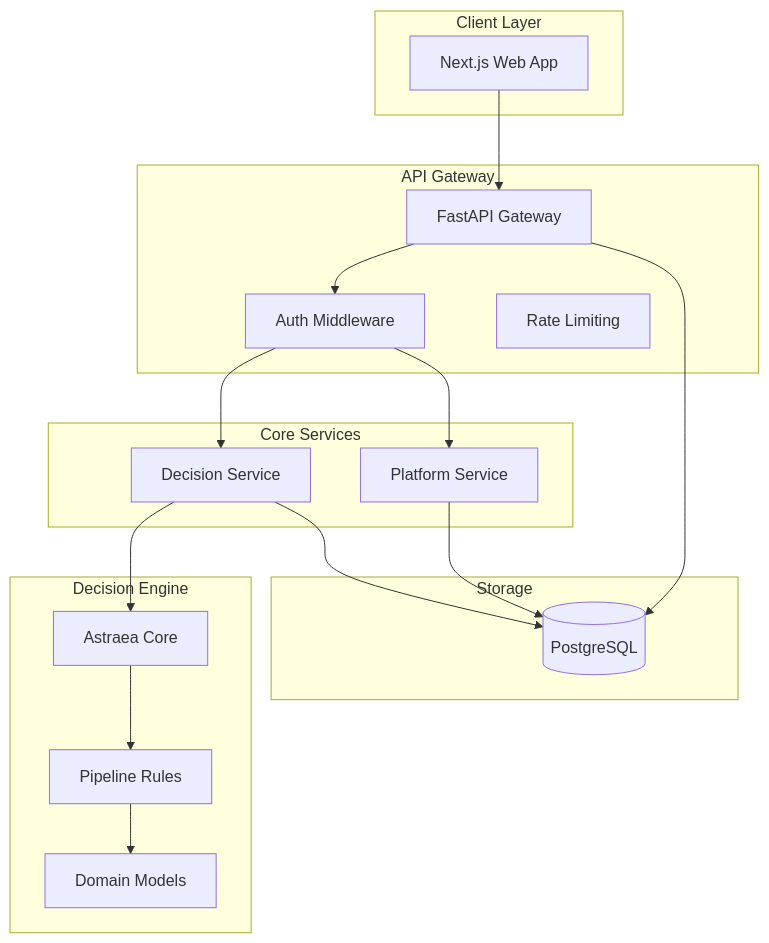
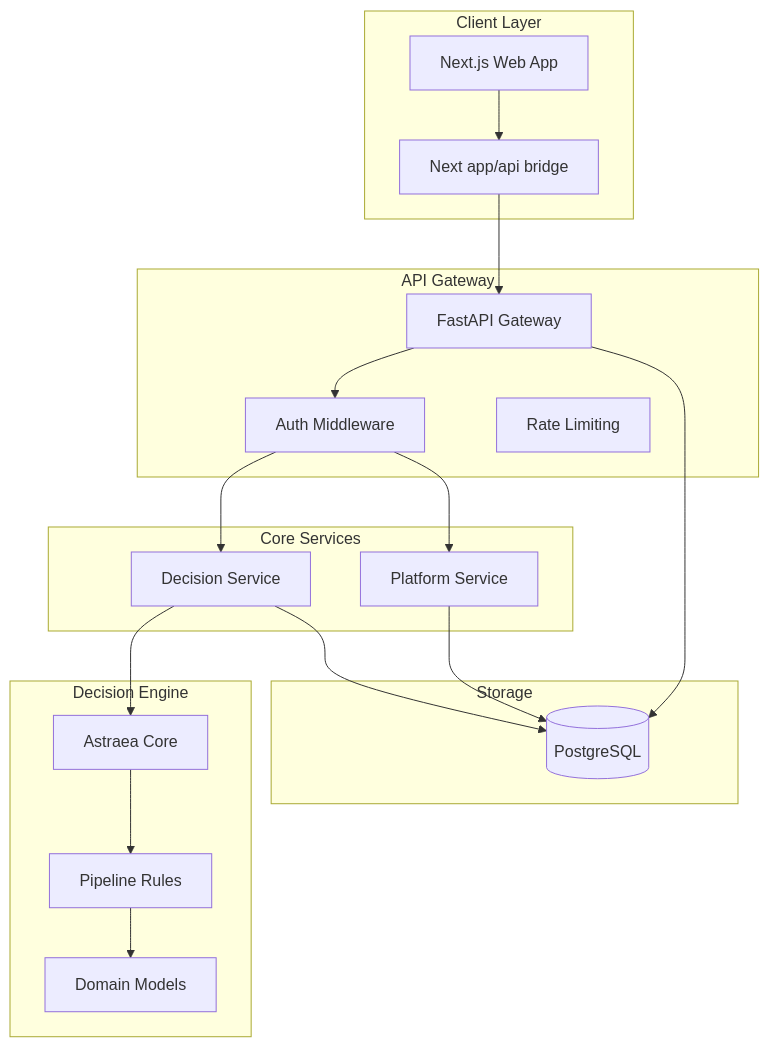
The diagram in docs/diagrams/service-topology.mmd (AngelP17/Praxis), drawn with Mermaid before and after one commit. The commit also changed 9 other files, not shown here.

Commit message:
Refresh deployment and architecture docs

```diff
--- a/docs/diagrams/service-topology.mmd
+++ b/docs/diagrams/service-topology.mmd
@@ -1,36 +1,38 @@
 flowchart TB
     subgraph Client["Client Layer"]
         Web["Next.js Web App"]
+        Bridge["Next app/api bridge"]
     end
 
     subgraph Gateway["API Gateway"]
         FastAPI["FastAPI Gateway"]
         Auth["Auth Middleware"]
         RateLimit["Rate Limiting"]
     end
 
     subgraph Services["Core Services"]
         DecisionService["Decision Service"]
         PlatformService["Platform Service"]
     end
 
     subgraph Engine["Decision Engine"]
         Astraea["Astraea Core"]
         Pipeline["Pipeline Rules"]
         Domain["Domain Models"]
     end
 
     subgraph Storage["Storage"]
         Postgres[(PostgreSQL)]
     end
 
-    Web --> FastAPI
+    Web --> Bridge
+    Bridge --> FastAPI
     FastAPI --> Auth
     Auth --> DecisionService
     Auth --> PlatformService
     DecisionService --> Astraea
     Astraea --> Pipeline
     Pipeline --> Domain
     DecisionService --> Postgres
     PlatformService --> Postgres
     FastAPI --> Postgres
```
